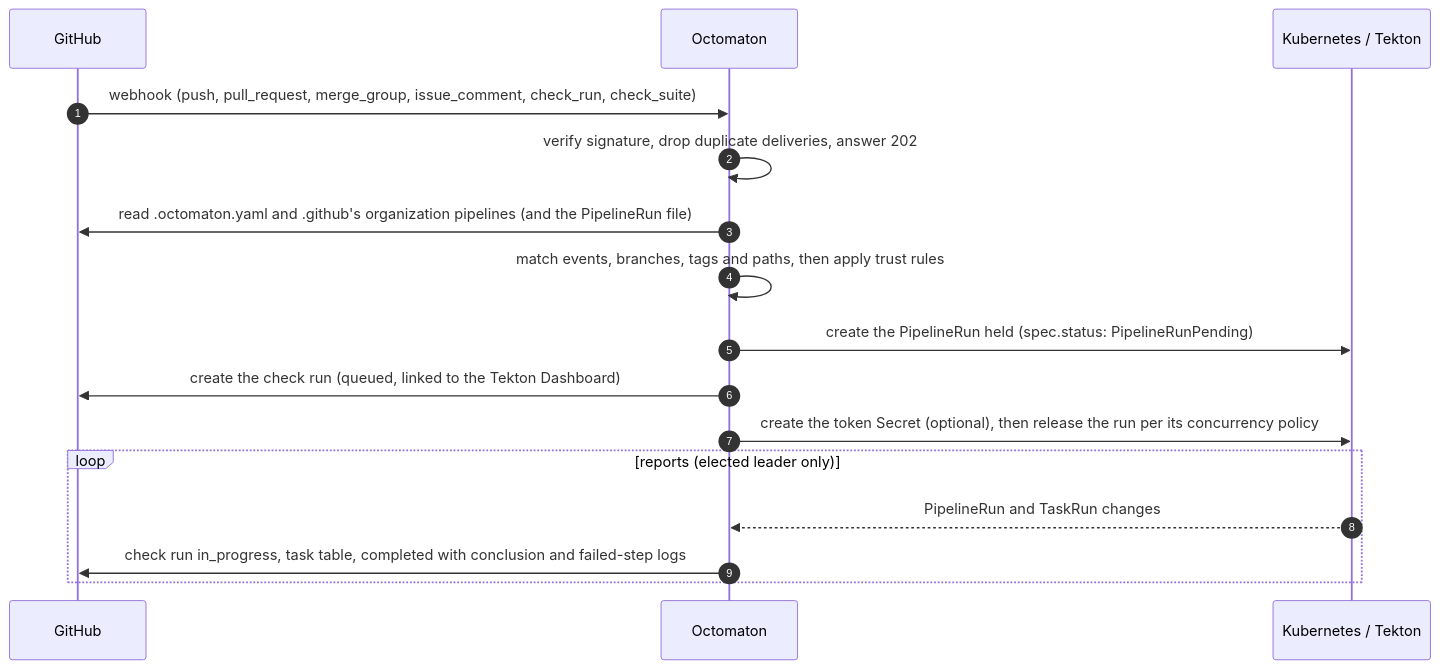
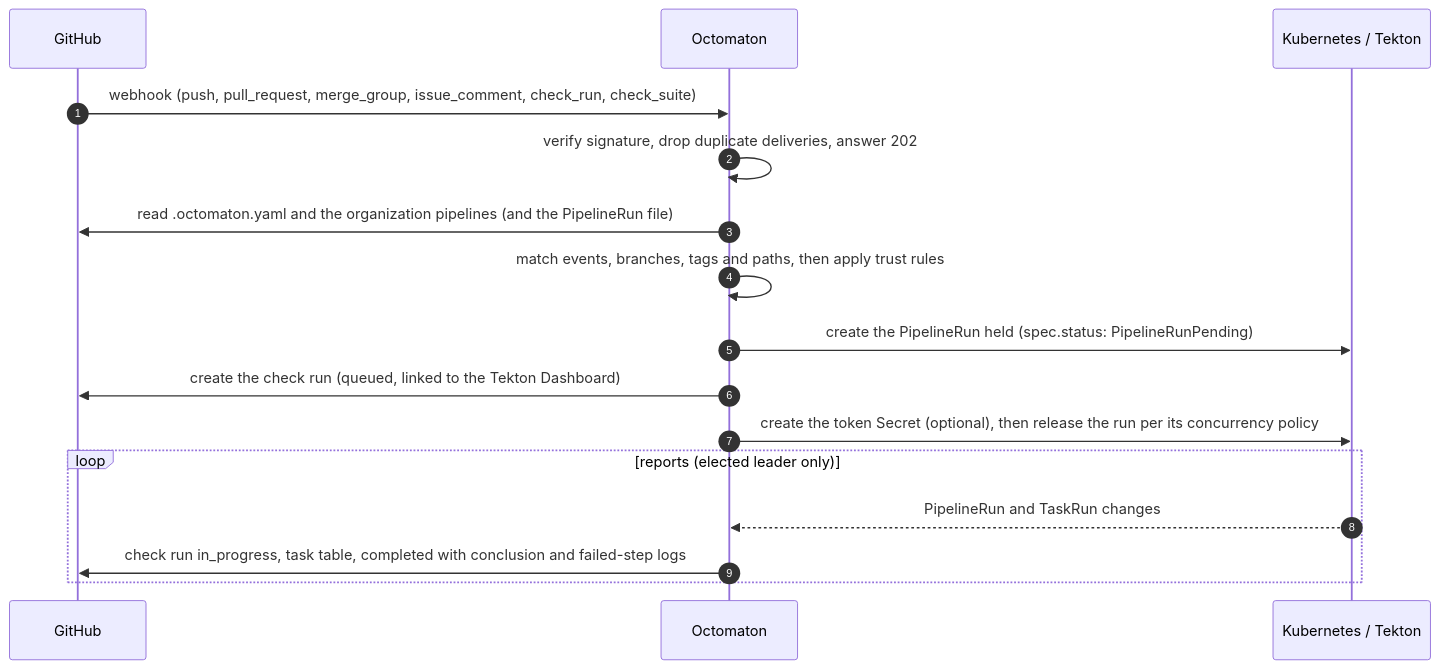
The diagram in README.md (arikkfir-org/octomaton), drawn with Mermaid before and after one commit. The commit also changed other lines of this file and 16 other files, not shown here.

````diff
--- a/README.md
+++ b/README.md
@@ -15,18 +15,18 @@
 ```mermaid
 sequenceDiagram
   autonumber
   participant GH as GitHub
   participant SB as Octomaton
   participant K8s as Kubernetes / Tekton
   GH->>SB: webhook (push, pull_request, merge_group, issue_comment, check_run, check_suite)
   SB->>SB: verify signature, drop duplicate deliveries, answer 202
-  SB->>GH: read .octomaton.yaml and .github's organization pipelines (and the PipelineRun file)
+  SB->>GH: read .octomaton.yaml and the organization pipelines (and the PipelineRun file)
   SB->>SB: match events, branches, tags and paths, then apply trust rules
   SB->>K8s: create the PipelineRun held (spec.status: PipelineRunPending)
   SB->>GH: create the check run (queued, linked to the Tekton Dashboard)
   SB->>K8s: create the token Secret (optional), then release the run per its concurrency policy
   loop reports (elected leader only)
     K8s-->>SB: PipelineRun and TaskRun changes
     SB->>GH: check run in_progress, task table, completed with conclusion and failed-step logs
   end
 ```
````
